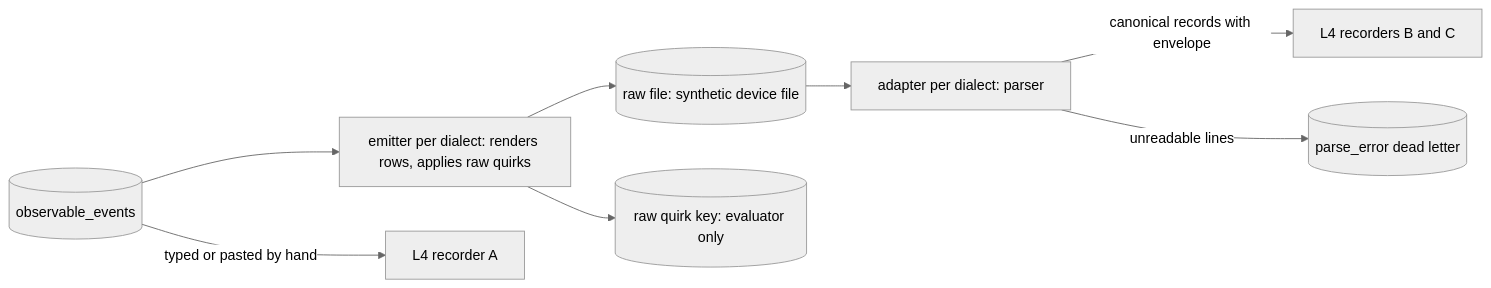
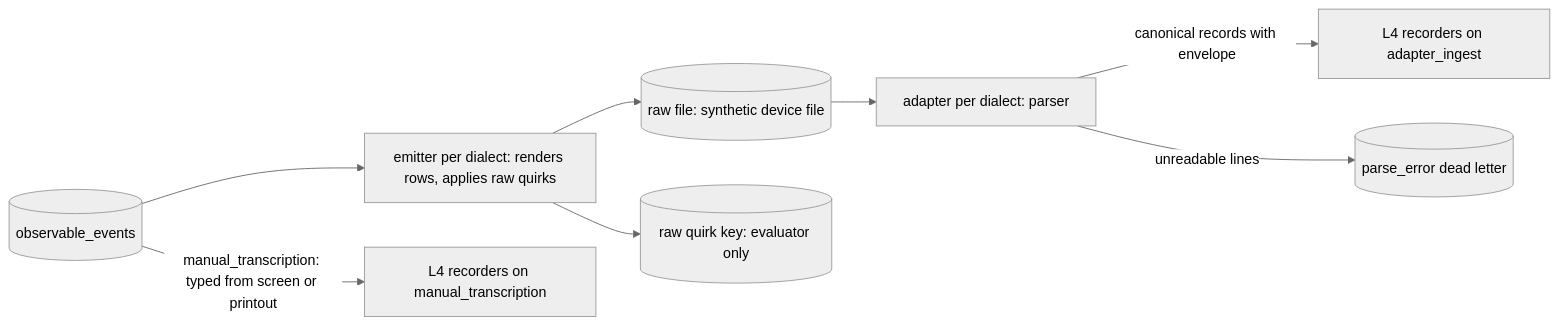
Before and after one commit to jin-wolee/LS_Bioprocess: the second of 6 diagrams in docs/design/simulation_spec.md, drawn with Mermaid (neutral theme). The commit also changed other lines of this file and 4 other files, not shown here.

First line of the commit message:
docs(design): capture_path setting — manual transcription vs adapter ingest

````diff
--- a/docs/design/simulation_spec.md
+++ b/docs/design/simulation_spec.md
@@ -71,10 +71,10 @@
 ```mermaid
 flowchart LR
   OE[("observable_events")] --> EM["emitter per dialect: renders rows, applies raw quirks"]
   EM --> RF[("raw file: synthetic device file")]
   EM --> RK[("raw quirk key: evaluator only")]
   RF --> AD["adapter per dialect: parser"]
-  AD -->|"canonical records with envelope"| L4["L4 recorders B and C"]
+  AD -->|"canonical records with envelope"| L4["L4 recorders on adapter_ingest"]
   AD -->|"unreadable lines"| PE[("parse_error dead letter")]
-  OE -->|"typed or pasted by hand"| LA["L4 recorder A"]
+  OE -->|"manual_transcription: typed from screen or printout"| LA["L4 recorders on manual_transcription"]
 ```
````
